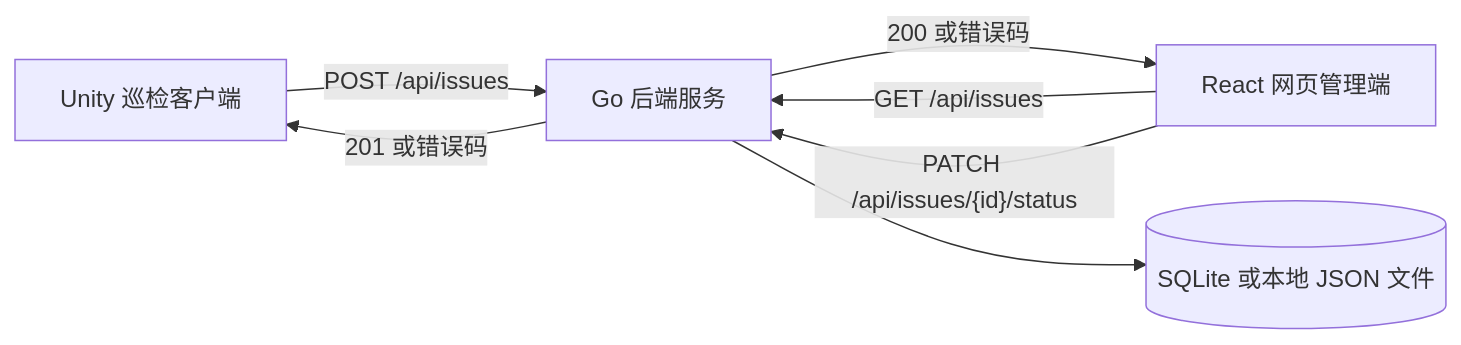
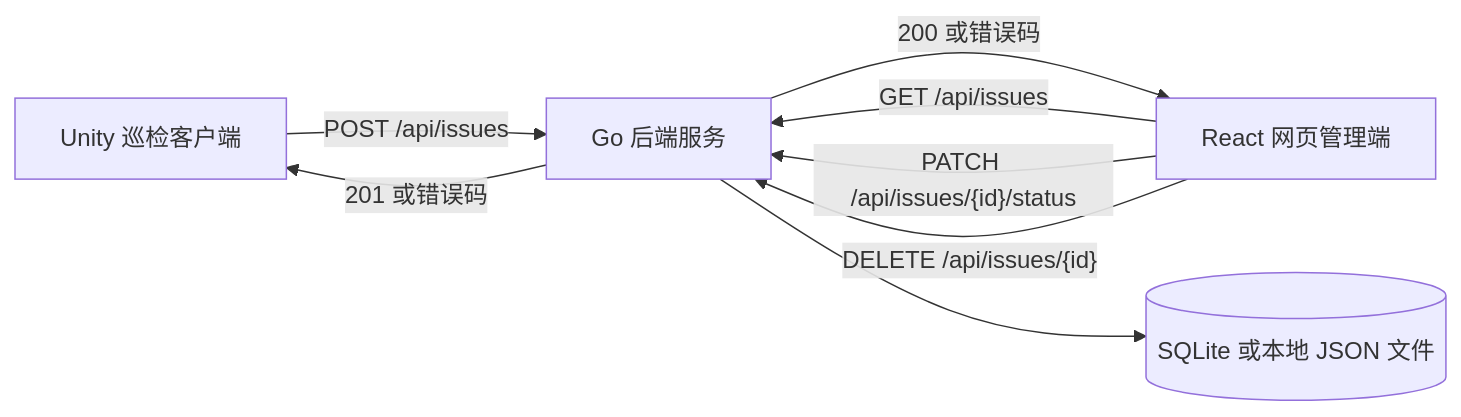
The first of 2 diagrams in docs/需求规格说明书.md (xu-1230/Unity-3D-Inspection), drawn with Mermaid before and after one commit. The commit also changed other lines of this file and 2 other files, not shown here.

````diff
--- a/docs/需求规格说明书.md
+++ b/docs/需求规格说明书.md
@@ -58,9 +58,10 @@
 ```mermaid
 graph LR
     U["Unity 巡检客户端"] -- "POST /api/issues" --> S["Go 后端服务"]
     A["React 网页管理端"] -- "GET /api/issues" --> S
     A -- "PATCH /api/issues/{id}/status" --> S
+    A -- "DELETE /api/issues/{id}" --> S
     S -- "201 或错误码" --> U
     S -- "200 或错误码" --> A
     S --> D[("SQLite 或本地 JSON 文件")]
 ```
````
